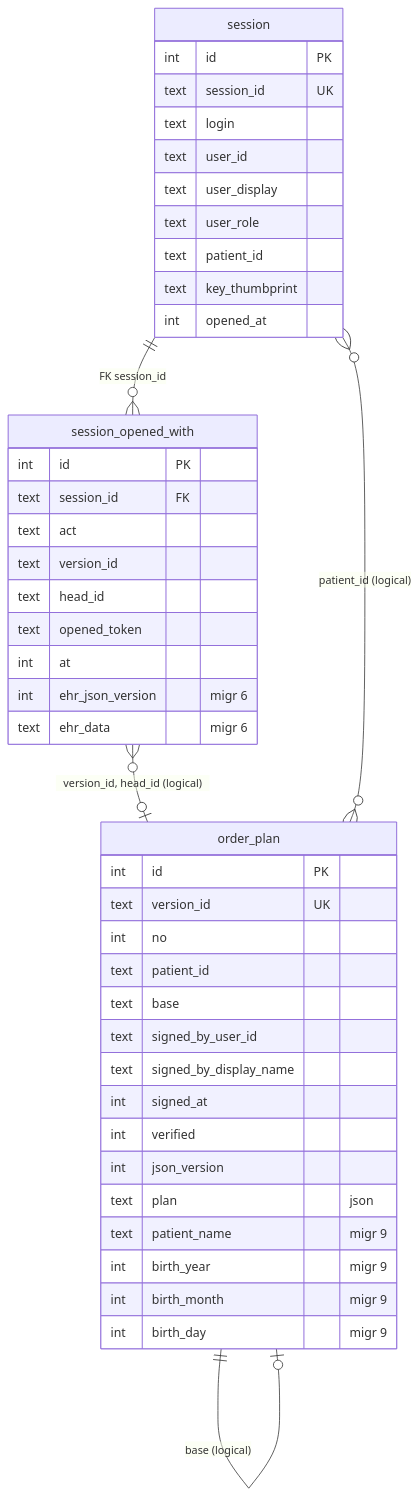
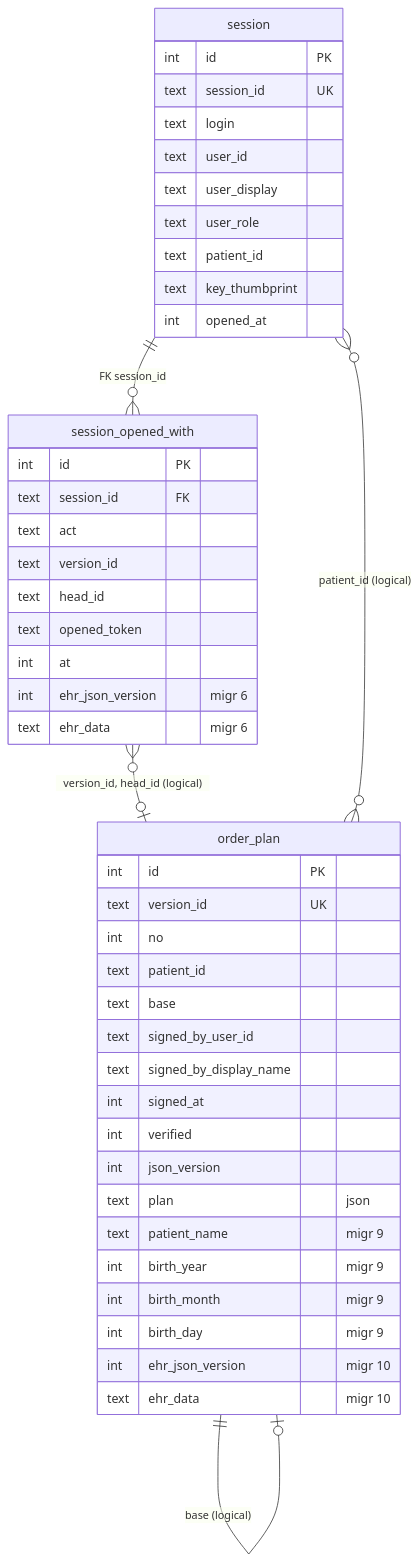
The third of 6 diagrams in ARCHITECTURE.md (informedica/GenPRES), drawn with Mermaid before and after one commit.

Commit message:
docs: add migration 10 to the schema diagram
The schema diagram in ARCHITECTURE.md is generated from the SQL
migrations. Migration 10 added the two EHR data columns to order_plan,
so the diagram is regenerated with scripts/SchemaDiagram.fsx --write.

````diff
--- a/ARCHITECTURE.md
+++ b/ARCHITECTURE.md
@@ -227,46 +227,48 @@
 ```mermaid
 erDiagram
     order_plan {
         int id PK
         text version_id UK
         int no
         text patient_id
         text base
         text signed_by_user_id
         text signed_by_display_name
         int signed_at
         int verified
         int json_version
         text plan "json"
         text patient_name "migr 9"
         int birth_year "migr 9"
         int birth_month "migr 9"
         int birth_day "migr 9"
+        int ehr_json_version "migr 10"
+        text ehr_data "migr 10"
     }
     session {
         int id PK
         text session_id UK
         text login
         text user_id
         text user_display
         text user_role
         text patient_id
         text key_thumbprint
         int opened_at
     }
     session_opened_with {
         int id PK
         text session_id FK
         text act
         text version_id
         text head_id
         text opened_token
         int at
         int ehr_json_version "migr 6"
         text ehr_data "migr 6"
     }
     session ||--o{ session_opened_with : "FK session_id"
     order_plan ||--o| order_plan : "base (logical)"
     session_opened_with }o--o| order_plan : "version_id, head_id (logical)"
     session }o--o{ order_plan : "patient_id (logical)"
 ```
````
